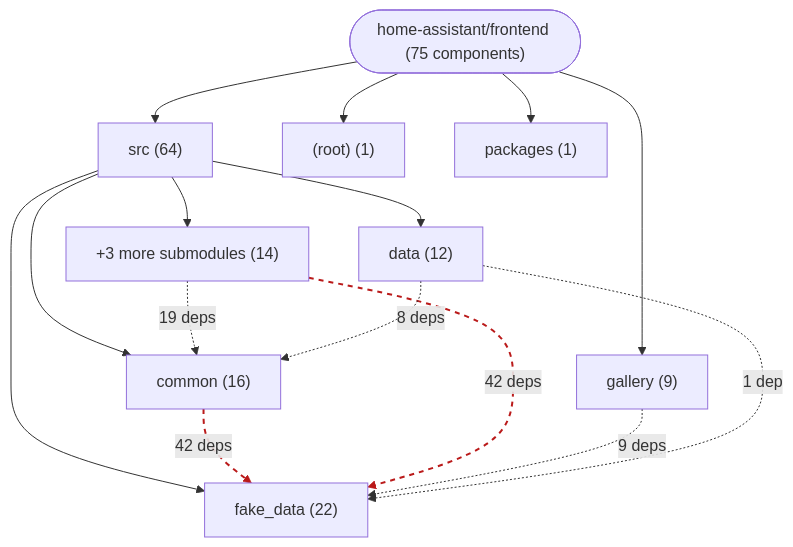
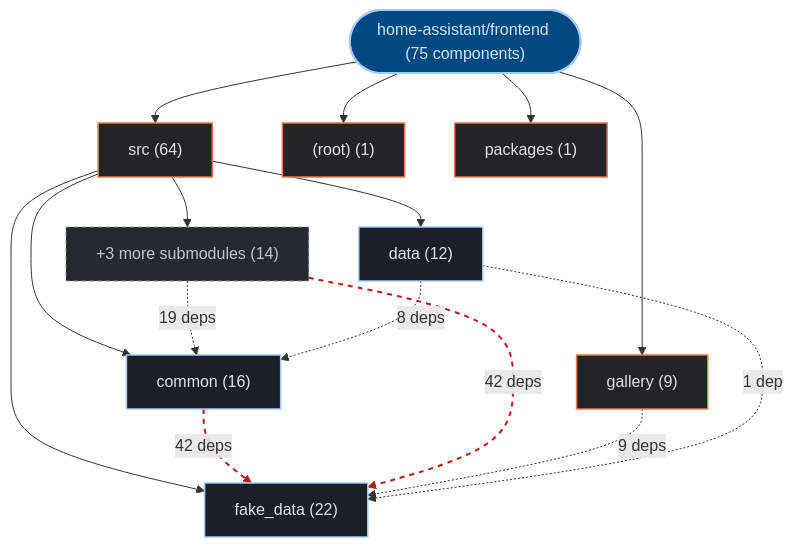
Before and after one commit to kumarshaz/atruss-code-atlas: the first of 2 diagrams in exports/latest/reports/home-assistant-frontend-report.md, drawn with Mermaid. The commit also changed other lines of this file and 331 other files, not shown here.

Commit message:
docs,ui,fix: update SDLC docs, reorder CI/CD DAG first, stylize Mermaid, and fix Arc42 pipeline topology

````diff
--- a/exports/latest/reports/home-assistant-frontend-report.md
+++ b/exports/latest/reports/home-assistant-frontend-report.md
@@ -42,28 +42,35 @@
 ```mermaid
 graph TD;
-    repo_root(["home-assistant/frontend (75 components)"])
-    dir_0_src["src (64)"]
+  classDef atlasRoot fill:#004882,stroke:#a3c9ff,stroke-width:2px,color:#d3e4ff
+  classDef atlasCategory fill:#212428,stroke:#E87A48,stroke-width:1.5px,color:#dfe3eb
+  classDef atlasWorkflow fill:#1b2026,stroke:#a3c9ff,stroke-width:1.5px,color:#dfe3eb
+  classDef atlasJob fill:#171c22,stroke:#8d9199,stroke-width:1px,color:#dfe3eb
+  classDef atlasTarget fill:#005227,stroke:#8bd99b,stroke-width:1.5px,color:#a7f6b6
+  classDef atlasAlert fill:#93000a,stroke:#ffb4ab,stroke-width:1.5px,color:#ffdad6
+  classDef atlasMore fill:#252a31,stroke:#8d9199,stroke-dasharray:4 4,color:#c3c6cf
+    repo_root(["home-assistant/frontend (75 components)"]):::atlasRoot
+    dir_0_src["src (64)"]:::atlasCategory
     repo_root --> dir_0_src
-    sub_0_0_fake_data["fake_data (22)"]
+    sub_0_0_fake_data["fake_data (22)"]:::atlasWorkflow
     dir_0_src --> sub_0_0_fake_data
-    sub_0_1_common["common (16)"]
+    sub_0_1_common["common (16)"]:::atlasWorkflow
     dir_0_src --> sub_0_1_common
-    sub_0_2_data["data (12)"]
+    sub_0_2_data["data (12)"]:::atlasWorkflow
     dir_0_src --> sub_0_2_data
-    sub_0_more["+3 more submodules (14)"]
+    sub_0_more["+3 more submodules (14)"]:::atlasMore
     dir_0_src --> sub_0_more
-    dir_1_gallery["gallery (9)"]
+    dir_1_gallery["gallery (9)"]:::atlasCategory
     repo_root --> dir_1_gallery
-    dir_2__root_["(root) (1)"]
+    dir_2__root_["(root) (1)"]:::atlasCategory
     repo_root --> dir_2__root_
-    dir_3_packages["packages (1)"]
+    dir_3_packages["packages (1)"]:::atlasCategory
     repo_root --> dir_3_packages
     sub_0_1_common -.->|"42 deps"| sub_0_0_fake_data
     sub_0_more -.->|"42 deps"| sub_0_0_fake_data
     sub_0_more -.->|"19 deps"| sub_0_1_common
     dir_1_gallery -.->|"9 deps"| sub_0_0_fake_data
     sub_0_2_data -.->|"8 deps"| sub_0_1_common
     sub_0_2_data -.->|"1 dep"| sub_0_0_fake_data
     linkStyle 8 stroke:#ba1a1a,stroke-width:2px,stroke-dasharray: 5 5
     linkStyle 9 stroke:#ba1a1a,stroke-width:2px,stroke-dasharray: 5 5
 ```
````
